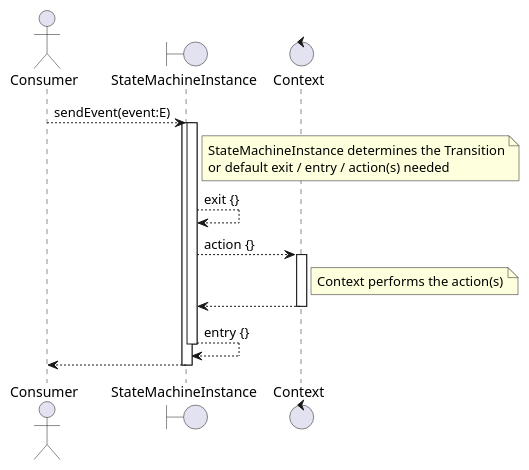
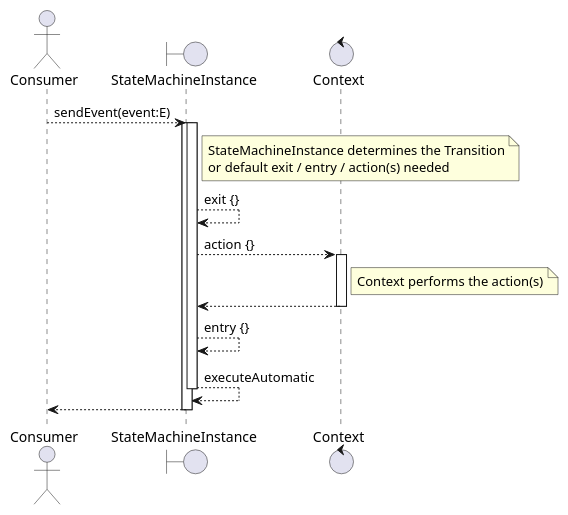
The diagram in src/doc/plantuml/statemachine_sequence.plantuml (open-jumpco/kfsm), drawn with PlantUML before and after one commit. The commit also changed 27 other files, not shown here.

```diff
--- a/src/doc/plantuml/statemachine_sequence.plantuml
+++ b/src/doc/plantuml/statemachine_sequence.plantuml
@@ -1,27 +1,28 @@
 @startuml
 
 actor Consumer
 boundary StateMachineInstance
 control Context
 
 Consumer ----> StateMachineInstance : sendEvent(event:E)
 
     activate StateMachineInstance
     note right of StateMachineInstance
         StateMachineInstance determines the Transition
         or default exit / entry / action(s) needed
     end note
     activate StateMachineInstance
     StateMachineInstance ----> StateMachineInstance : exit {}
     StateMachineInstance ----> Context : action {}
     activate Context
     note right of Context
         Context performs the action(s)
     end note
     Context ---->  StateMachineInstance
     deactivate Context
     StateMachineInstance ----> StateMachineInstance : entry {}
+    StateMachineInstance ----> StateMachineInstance : executeAutomatic
     deactivate StateMachineInstance
     return
 
 @enduml
```
